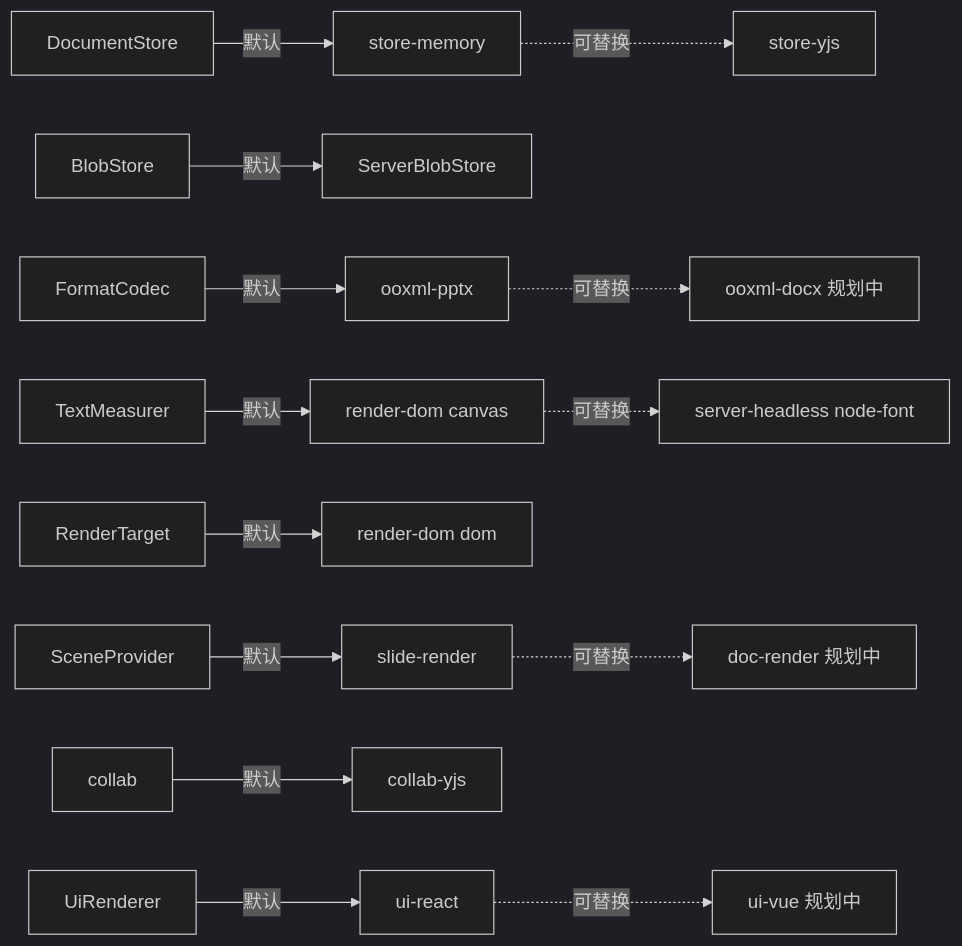
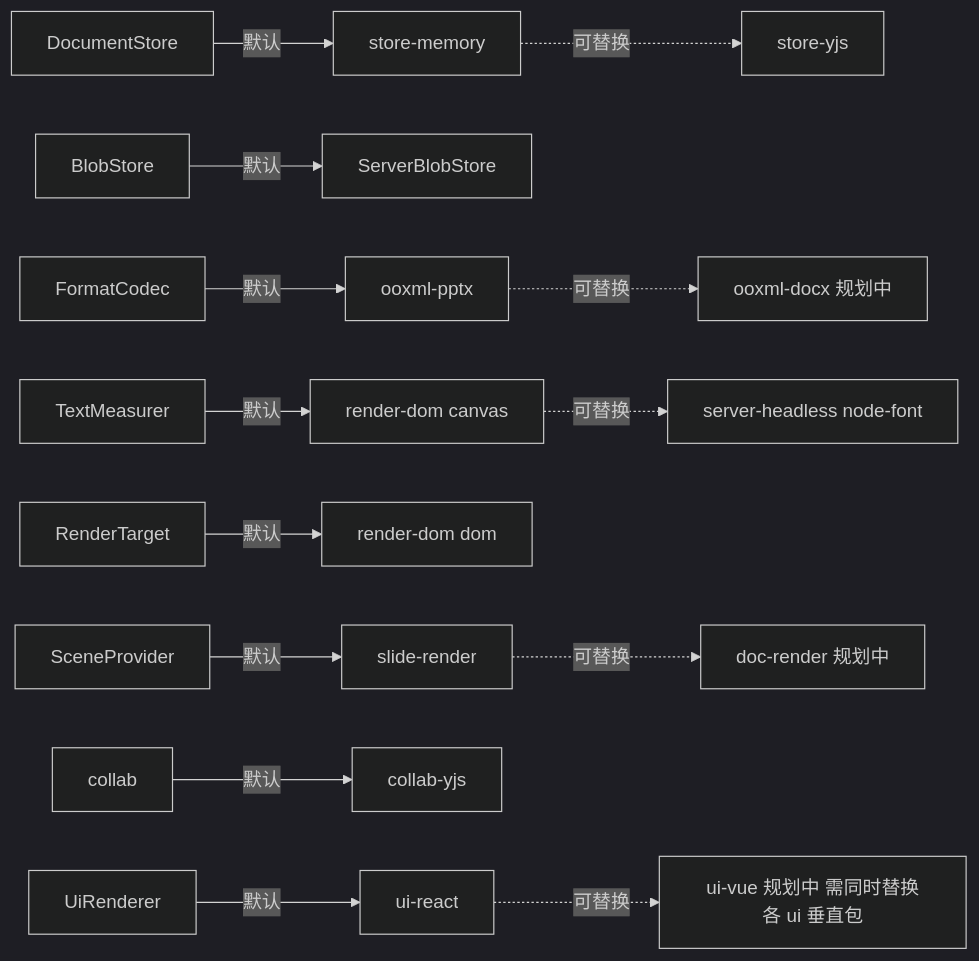
The second of 3 diagrams in docs/40-modules/16-plugin-catalog.md (Xeonice/cordis-ppt-editor), drawn with Mermaid (dark theme) before and after one commit. The commit also changed other lines of this file and 23 other files, not shown here.

````diff
--- a/docs/40-modules/16-plugin-catalog.md
+++ b/docs/40-modules/16-plugin-catalog.md
@@ -207,37 +205,37 @@
 ```mermaid
 flowchart LR
 defDocStore["DocumentStore"]
 defBlobStore["BlobStore"]
 defFormatCodec["FormatCodec"]
 defTextMeasurer["TextMeasurer"]
 defRenderTarget["RenderTarget"]
 defSceneProvider["SceneProvider"]
 defCollab["collab"]
 defUiRenderer["UiRenderer"]
 provStoreMemory["store-memory"]
 provServerBlobStore["ServerBlobStore"]
 provOoxmlPptx["ooxml-pptx"]
 provRenderDomCanvas["render-dom canvas"]
 provRenderDomTarget["render-dom dom"]
 provSlideRender["slide-render"]
 provCollabYjs["collab-yjs"]
 provUiReact["ui-react"]
 altStoreYjs["store-yjs"]
 altNodeFont["server-headless node-font"]
 altOoxmlDocx["ooxml-docx 规划中"]
 altDocRender["doc-render 规划中"]
-altUiVue["ui-vue 规划中"]
+altUiVue["ui-vue 规划中 需同时替换各 ui 垂直包"]
 defDocStore -- "默认" --> provStoreMemory
 defBlobStore -- "默认" --> provServerBlobStore
 defFormatCodec -- "默认" --> provOoxmlPptx
 defTextMeasurer -- "默认" --> provRenderDomCanvas
 defRenderTarget -- "默认" --> provRenderDomTarget
 defSceneProvider -- "默认" --> provSlideRender
 defCollab -- "默认" --> provCollabYjs
 defUiRenderer -- "默认" --> provUiReact
 provStoreMemory -. "可替换" .-> altStoreYjs
 provRenderDomCanvas -. "可替换" .-> altNodeFont
 provOoxmlPptx -. "可替换" .-> altOoxmlDocx
 provSlideRender -. "可替换" .-> altDocRender
 provUiReact -. "可替换" .-> altUiVue
 ```
````
